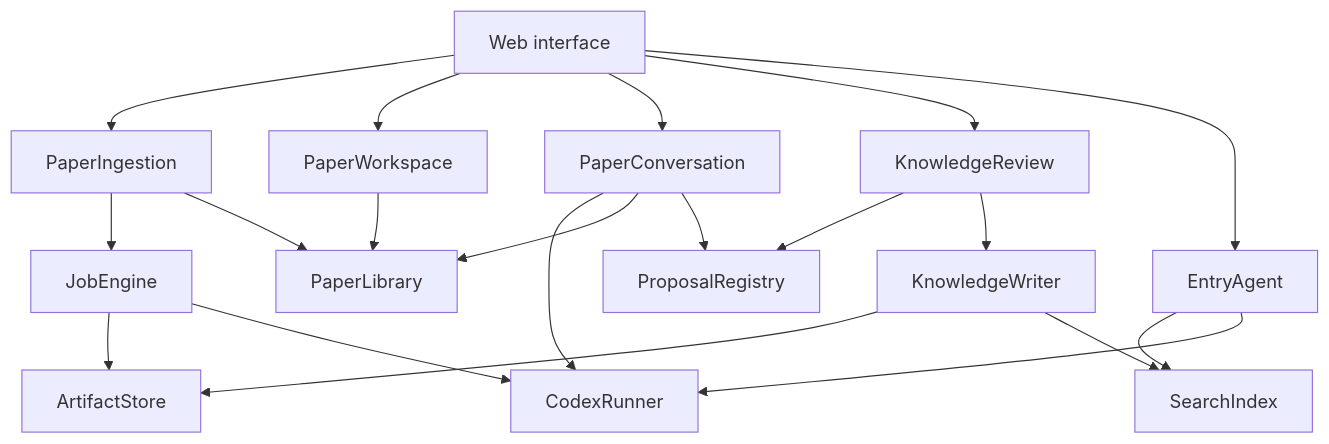
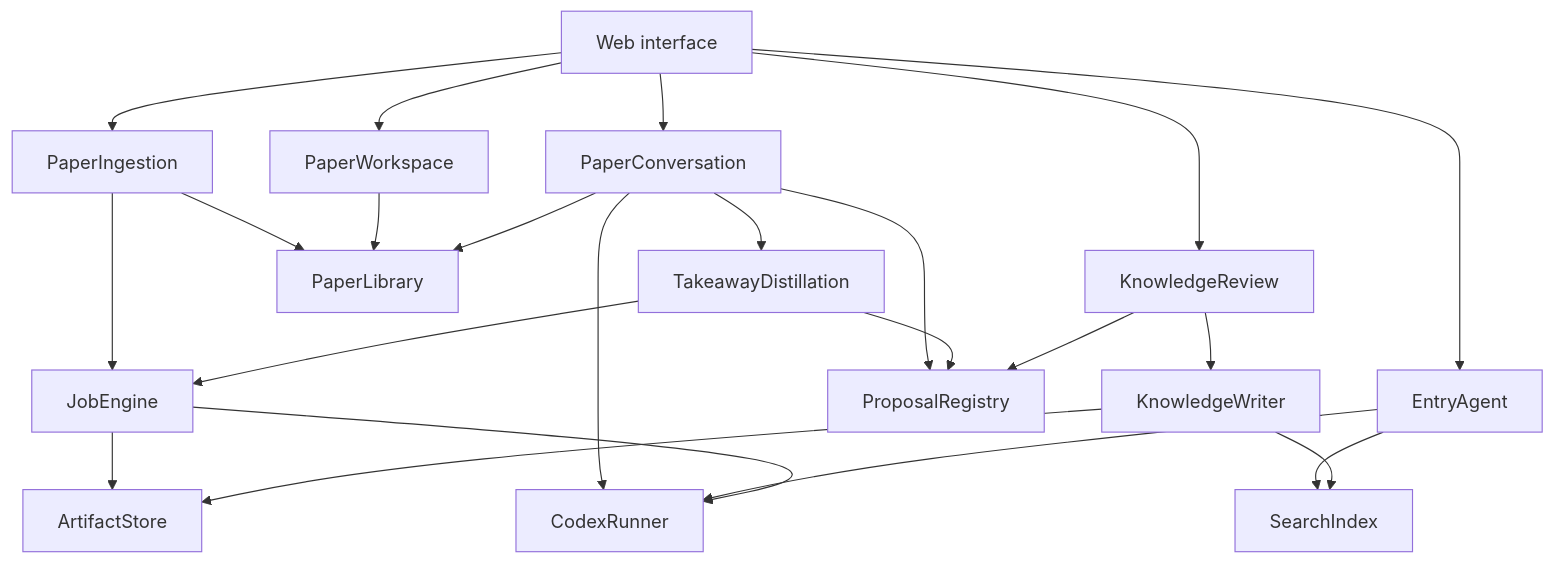
The second of 2 diagrams in docs/architecture.md (FreemanHsu/ScholarLoom), drawn with Mermaid before and after one commit. The commit also changed other lines of this file and 30 other files, not shown here.

````diff
--- a/docs/architecture.md
+++ b/docs/architecture.md
@@ -105,24 +105,27 @@
 ```mermaid
 flowchart TD
     HTTP["Web interface"] --> PI["PaperIngestion"]
     HTTP --> PW["PaperWorkspace"]
     HTTP --> PC["PaperConversation"]
     HTTP --> KR["KnowledgeReview"]
     HTTP --> EA["EntryAgent"]
 
     PI --> JE["JobEngine"]
     PI --> PL["PaperLibrary"]
     PW --> PL
     PC --> CR["CodexRunner"]
     PC --> PL
     PC --> PR["ProposalRegistry"]
+    PC --> TD["TakeawayDistillation"]
+    TD --> JE
+    TD --> PR
     KR --> PR
     KR --> KW["KnowledgeWriter"]
     EA --> SI["SearchIndex"]
     EA --> CR
 
     JE --> AS["ArtifactStore"]
     JE --> CR
     KW --> AS
     KW --> SI
 ```
````
